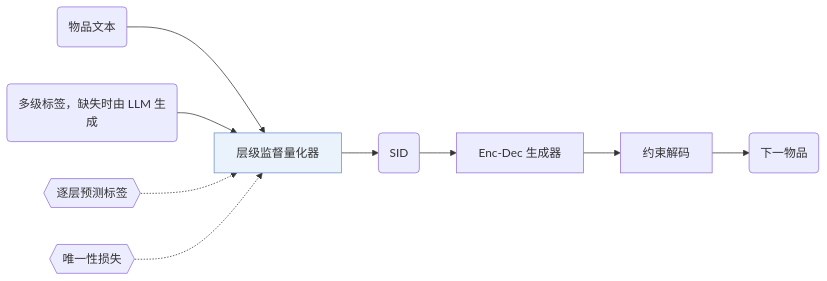
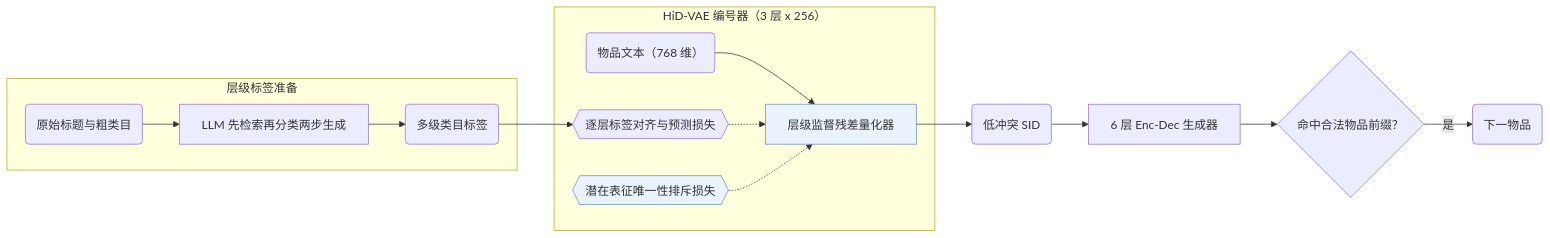
The diagram in notes/zh/hid-vae.md (Galaxy-ghost/Awesome-SID-Generative-Rec), drawn with Mermaid before and after one commit. The commit also changed other lines of this file and 649 other files, not shown here.

Commit message:
writer-05: also tags and modality index (schema, check, build, visuals); summary field removed; calibration data for 12 papers

````diff
--- a/notes/zh/hid-vae.md
+++ b/notes/zh/hid-vae.md
@@ -13,12 +14,18 @@
 ```mermaid
 flowchart LR
-    A("物品文本") --> C["层级监督量化器"]:::key
-    B("多级标签，缺失时由 LLM 生成") --> C
-    L1{{"逐层预测标签"}} -.-> C
-    L2{{"唯一性损失"}} -.-> C
-    C --> D("SID")
-    D --> E["Enc-Dec 生成器"]
-    E --> F["约束解码"]
-    F --> G("下一物品")
+    subgraph Tag["层级标签准备"]
+        T0("原始标题与粗类目") --> LLM["LLM 先检索再分类两步生成"]
+        LLM --> Tags("多级类目标签")
+    end
+    subgraph Quant["HiD-VAE 编号器（3 层 x 256）"]
+        X("物品文本（768 维）") --> Q["层级监督残差量化器"]:::key
+        Tags --> L1{{"逐层标签对齐与预测损失"}}
+        L1 -.-> Q
+        L2{{"潜在表征唯一性排斥损失"}}:::key -.-> Q
+    end
+    Q --> SID("低冲突 SID")
+    SID --> Gen["6 层 Enc-Dec 生成器"]
+    Gen --> CD{"命中合法物品前缀？"}
+    CD -->|是| Out("下一物品")
     classDef key fill:#eaf2fb,stroke:#6b8fc7
 ```
````
